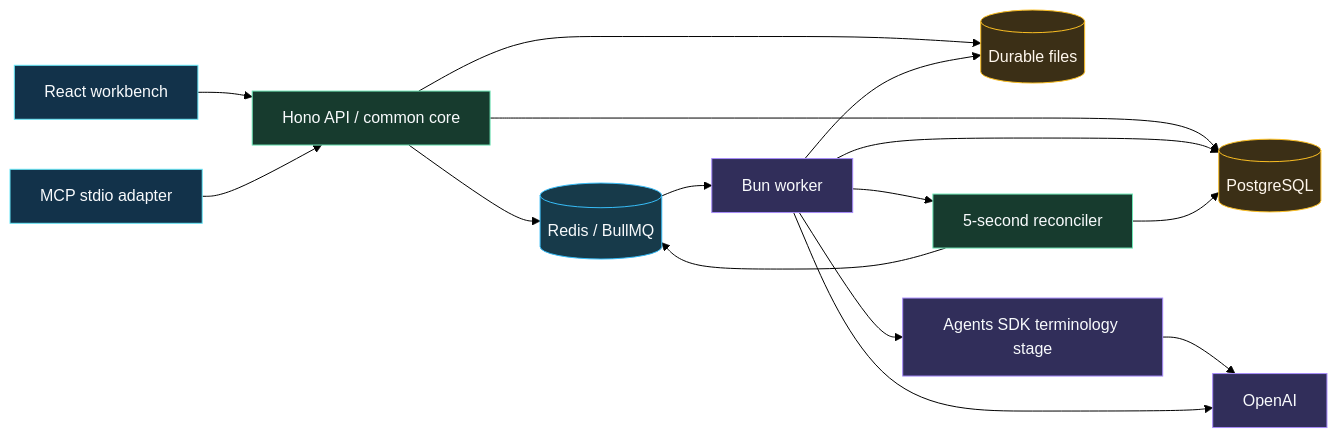
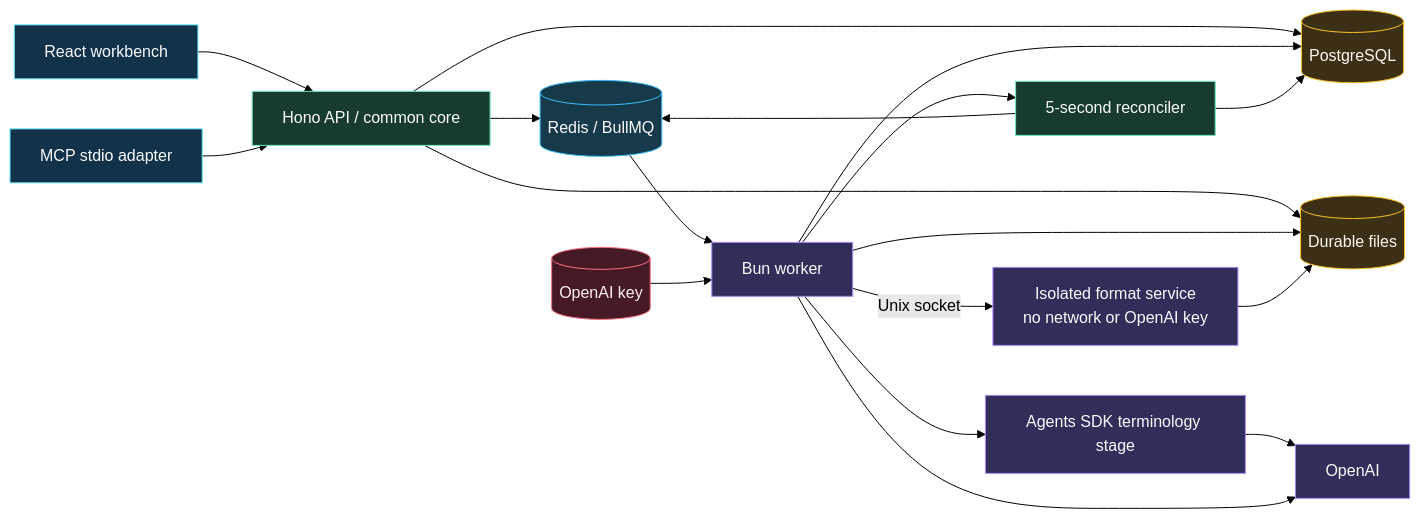
Before and after one commit to dmitryostrov/document-translator: the diagram in README.md, drawn with Mermaid (forest theme). The commit also changed other lines of this file and 106 other files, not shown here.

````diff
--- a/README.md
+++ b/README.md
@@ -36,27 +44,32 @@
 ```mermaid
 flowchart LR
   Web[React workbench] --> API[Hono API / common core]
   MCP[MCP stdio adapter] --> API
   API --> PG[(PostgreSQL)]
   API --> Files[(Durable files)]
   API --> Queue[(Redis / BullMQ)]
   Queue --> Worker[Bun worker]
   Worker --> PG
   Worker --> Files
+  Worker -->|Unix socket| Parser["Isolated format service<br/>no network or OpenAI key"]
+  Parser --> Files
+  Key[("OpenAI key")] --> Worker
   Worker --> Agent[Agents SDK terminology stage]
   Agent --> OpenAI[OpenAI]
   Worker --> OpenAI
   Worker --> Repair[5-second reconciler]
   Repair --> PG
   Repair --> Queue
   classDef edge fill:#12324a,stroke:#67e8f9,color:#f8fafc
   classDef control fill:#173b2e,stroke:#6ee7b7,color:#f8fafc
   classDef data fill:#3b2f16,stroke:#fbbf24,color:#fff7ed
   classDef broker fill:#173a4a,stroke:#38bdf8,color:#f8fafc
   classDef execution fill:#312e5a,stroke:#a78bfa,color:#f8fafc
+  classDef secret fill:#451a24,stroke:#fb7185,color:#fff1f2
   class Web,MCP edge
   class API,Repair control
   class PG,Files data
   class Queue broker
-  class Worker,Agent,OpenAI execution
+  class Worker,Parser,Agent,OpenAI execution
+  class Key secret
 ```
````
